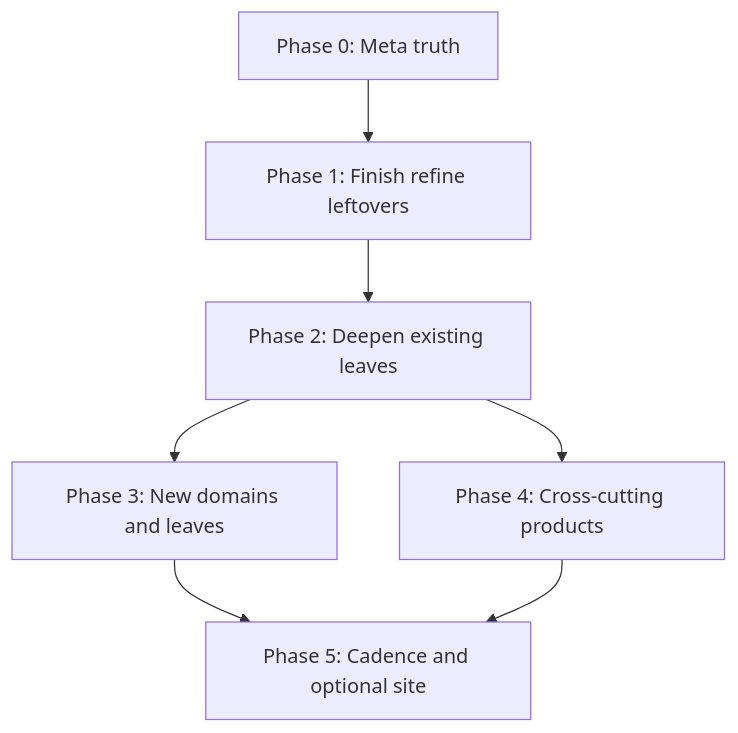
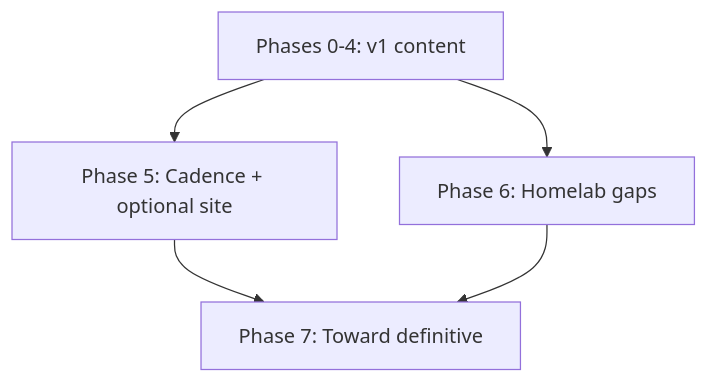
Before and after one commit to zemdregon/nix-docs: the diagram in EXPAND-PLAN.md, drawn with Mermaid. The commit also changed other lines of this file and 68 other files, not shown here.

````diff
--- a/EXPAND-PLAN.md
+++ b/EXPAND-PLAN.md
@@ -28,14 +26,11 @@
 ```mermaid
 flowchart TD
-  P0[Phase 0: Meta truth]
-  P1[Phase 1: Finish refine leftovers]
-  P2[Phase 2: Deepen existing leaves]
-  P3[Phase 3: New domains and leaves]
-  P4[Phase 4: Cross-cutting products]
-  P5[Phase 5: Cadence and optional site]
-  P0 --> P1 --> P2
-  P2 --> P3
-  P2 --> P4
-  P3 --> P5
-  P4 --> P5
+  P0[Phases 0-4: v1 content]
+  P5[Phase 5: Cadence + optional site]
+  P6[Phase 6: Homelab gaps]
+  P7[Phase 7: Toward definitive]
+  P0 --> P5
+  P0 --> P6
+  P5 --> P7
+  P6 --> P7
 ```
````
